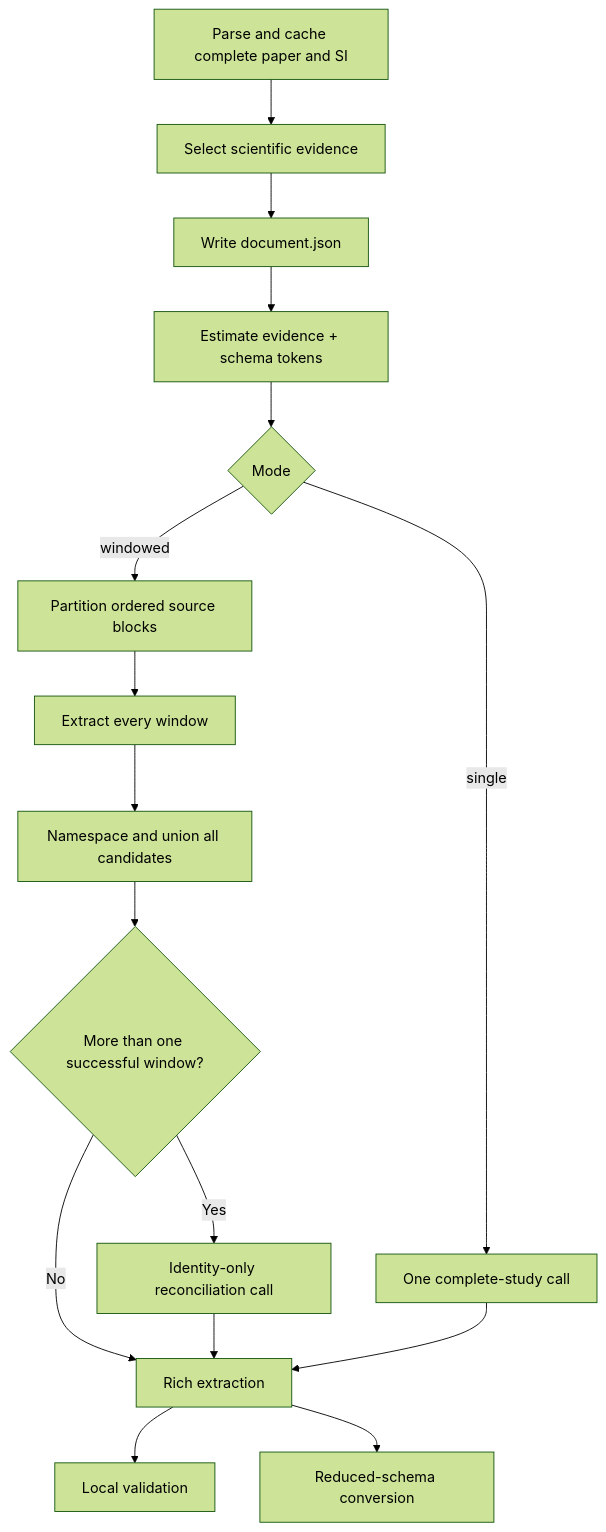
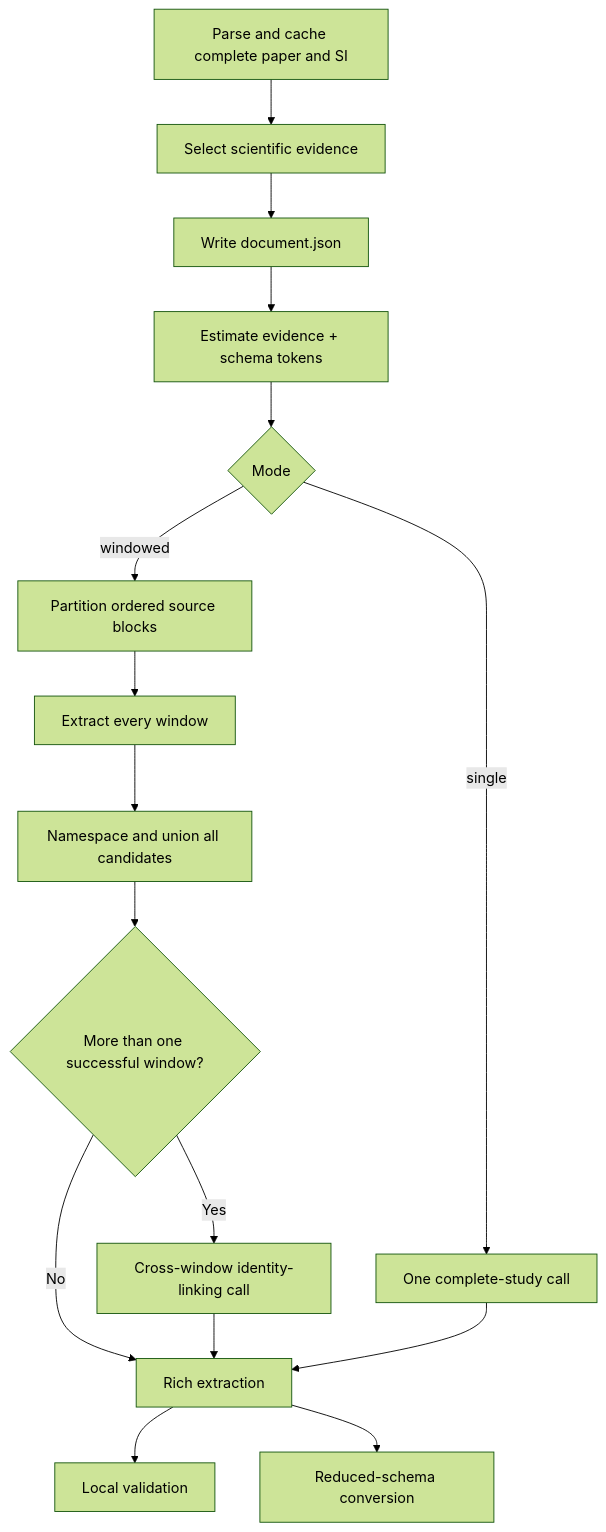
One commit to lamalab-org/perla-extract changed the diagram in docs/workflows/extraction.md. Above: the diagram before and after it, drawn with Mermaid (forest theme). The commit also changed other lines of this file and 31 other files, not shown here.

````diff
--- a/docs/workflows/extraction.md
+++ b/docs/workflows/extraction.md
@@ -8,18 +8,18 @@
 ```mermaid
 flowchart TD
     A["Parse and cache complete paper and SI"] --> B["Select scientific evidence"]
     B --> C0["Write document.json"]
     C0 --> C["Estimate evidence + schema tokens"]
     C --> D{"Mode"}
     D -->|single| E["One complete-study call"]
     D -->|windowed| F["Partition ordered source blocks"]
     F --> G["Extract every window"]
     G --> H["Namespace and union all candidates"]
     H --> I{"More than one successful window?"}
-    I -->|Yes| J["Identity-only reconciliation call"]
+    I -->|Yes| J["Cross-window identity-linking call"]
     I -->|No| K["Rich extraction"]
     J --> K
     E --> K
     K --> L["Local validation"]
     K --> M["Reduced-schema conversion"]
 ```
````
